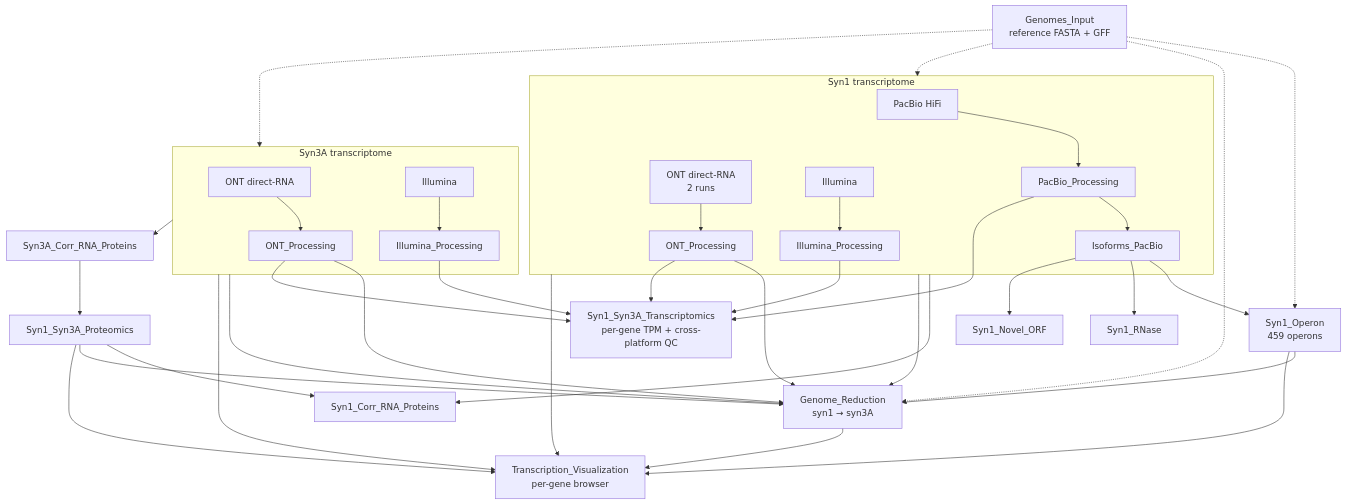
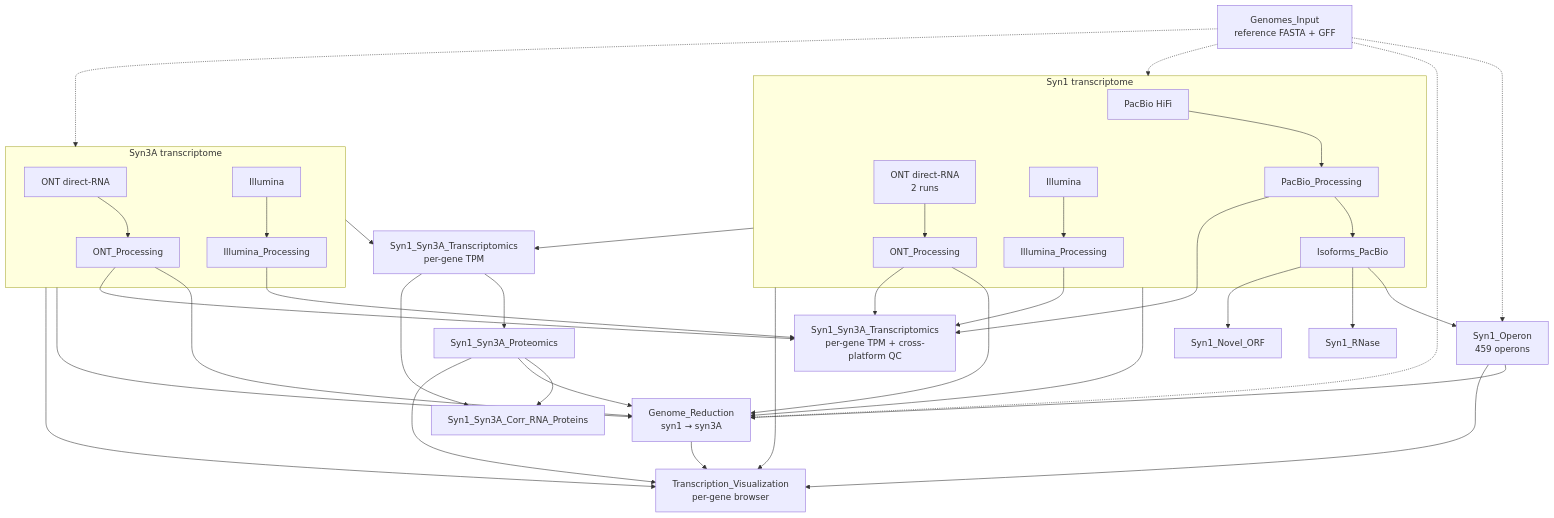
Before and after one commit to Luthey-Schulten-Lab/JCVI-Syn1_Syn3A_Transcriptomics_Proteomics: the diagram in README.md, drawn with Mermaid. The commit also changed other lines of this file and 7 other files, not shown here.

Commit message:
update Correlation analysis between mRNA and protein in Syn1 and SYn3A

````diff
--- a/README.md
+++ b/README.md
@@ -67,48 +67,49 @@
 ```mermaid
 flowchart TD
     GEN["Genomes_Input<br/>reference FASTA + GFF"]
 
     subgraph SYN1["Syn1 transcriptome"]
         PB["PacBio HiFi"] --> PBP["PacBio_Processing"] --> ISO["Isoforms_PacBio"]
         ONT1["ONT direct-RNA<br/>2 runs"] --> ONTP1["ONT_Processing"]
         ILL1["Illumina"] --> ILP1["Illumina_Processing"]
     end
 
     subgraph SYN3["Syn3A transcriptome"]
         ONT["ONT direct-RNA"] --> ONTP["ONT_Processing"]
         ILL3["Illumina"] --> ILP3["Illumina_Processing"]
     end
 
     PROT["Syn1_Syn3A_Proteomics"]
 
     ISO --> OPN["Syn1_Operon<br/>459 operons"]
     ISO --> RNASE["Syn1_RNase"]
     ISO --> NOV["Syn1_Novel_ORF"]
-    SYN1 --> CORR["Syn1_Corr_RNA_Proteins"]
+    SYN1 --> TPM["Syn1_Syn3A_Transcriptomics<br/>per-gene TPM"]
+    SYN3 --> TPM
+    TPM --> PROT
+    TPM --> CORR["Syn1_Syn3A_Corr_RNA_Proteins"]
     PROT --> CORR
-    SYN3 --> S3C["Syn3A_Corr_RNA_Proteins"]
-    S3C --> PROT
     OPN --> GR["Genome_Reduction<br/>syn1 → syn3A"]
     PROT --> GR
     SYN1 --> GR
     SYN3 --> GR
     ONTP1 --> GR
     ONTP --> GR
 
     SYN1 --> VIZ["Transcription_Visualization<br/>per-gene browser"]
     SYN3 --> VIZ
     OPN --> VIZ
     PROT --> VIZ
     GR --> VIZ
 
     PBP --> RC["Syn1_Syn3A_Transcriptomics<br/>per-gene TPM + cross-platform QC"]
     ILP1 --> RC
     ONTP1 --> RC
     ILP3 --> RC
     ONTP --> RC
 
     GEN -.-> SYN1
     GEN -.-> SYN3
     GEN -.-> OPN
     GEN -.-> GR
 ```
````
